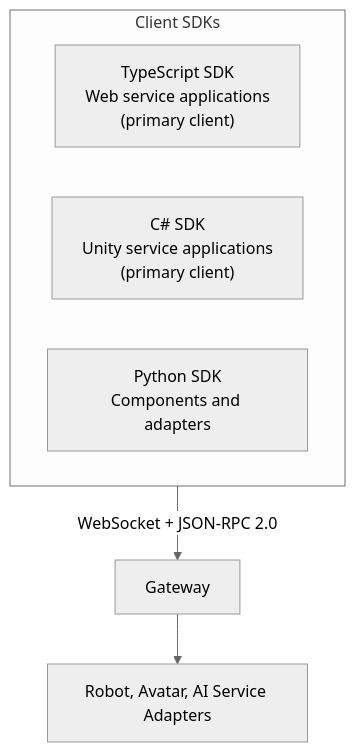
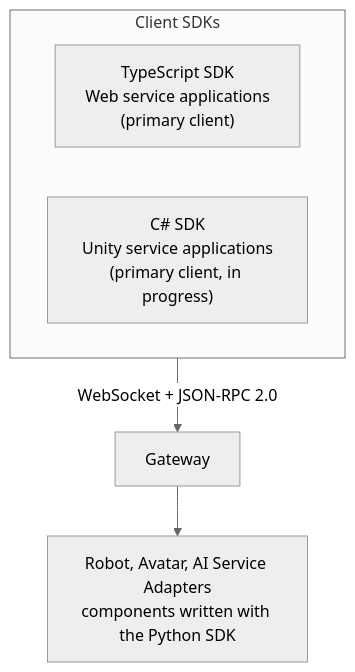
The eighth of 18 diagrams in docs/white-paper.md (openrois/openrois), drawn with Mermaid (neutral theme) before and after one commit. The commit also changed other lines of this file and 167 other files, not shown here.

First line of the commit message:
feat!: run the engine, the components and the adapters on the RoIS method catalog (#29)

````diff
--- a/docs/white-paper.md
+++ b/docs/white-paper.md
@@ -646,12 +677,11 @@
 ```mermaid
 flowchart TB
     subgraph SDKs["Client SDKs"]
         direction LR
         TS["TypeScript SDK<br/>Web service applications<br/>(primary client)"]
-        CSharp["C# SDK<br/>Unity service applications<br/>(primary client)"]
-        Py["Python SDK<br/>Components and adapters"]
+        CSharp["C# SDK<br/>Unity service applications<br/>(primary client, in progress)"]
     end
 
     SDKs -->|"WebSocket + JSON-RPC 2.0"| Gateway["Gateway"]
-    Gateway --> Adapters["Robot, Avatar, AI Service Adapters"]
+    Gateway --> Adapters["Robot, Avatar, AI Service Adapters<br/>components written with the Python SDK"]
 ```
````
